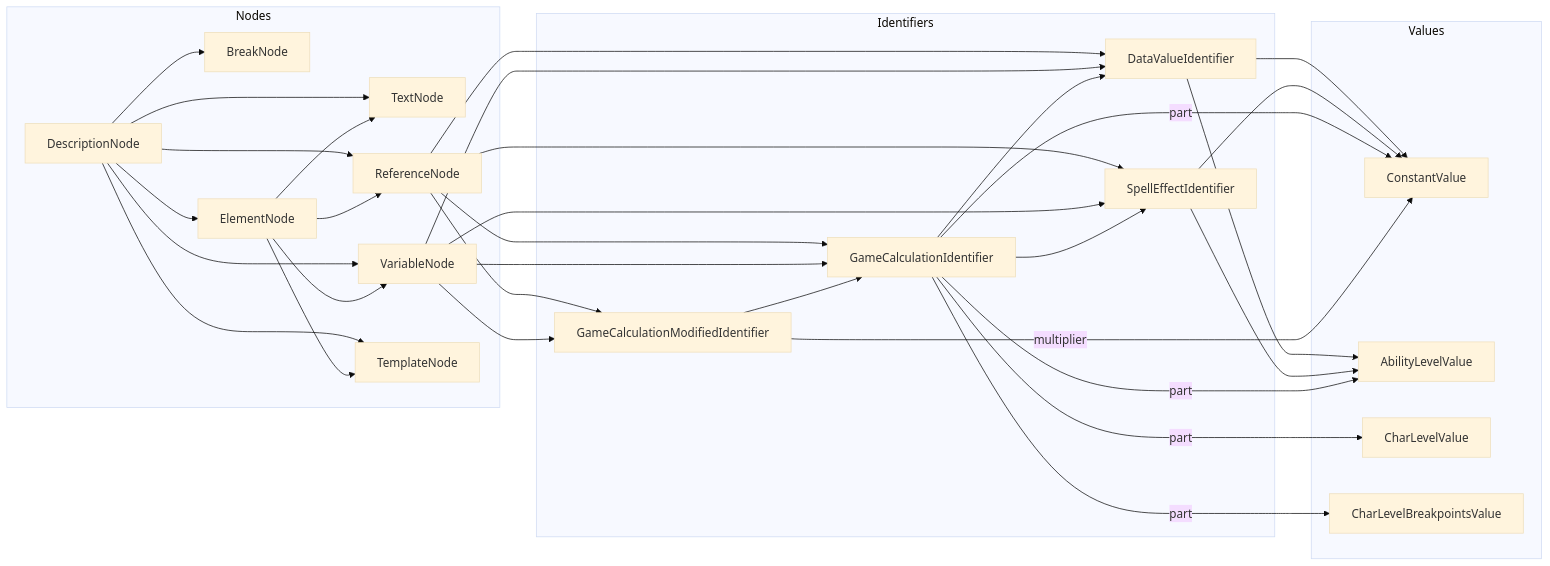
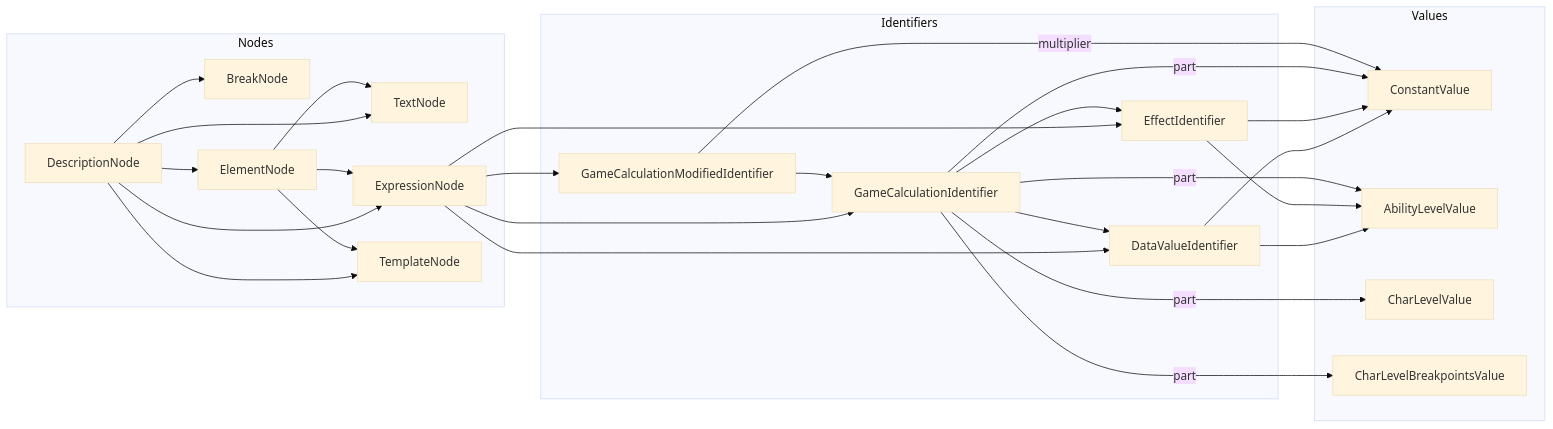
Before and after one commit to blakearoberts/ldragon: the diagram in README.md, drawn with Mermaid (base theme). The commit also changed 7 other files, not shown here.

Commit message:
merge reference, variable, and expression parser rules into a single expression rule

````diff
--- a/README.md
+++ b/README.md
@@ -51,39 +51,37 @@
 ```mermaid
 graph LR;
   D[DescriptionNode]
   TX[TextNode]
-  R[ReferenceNode]
-  V[VariableNode]
   B[BreakNode]
   EL[ElementNode]
+  EX[ExpressionNode]
   TP[TemplateNode]
 
   DV[DataValueIdentifier]
   GC[GameCalculationIdentifier]
-  GCM[GameCalculationModifiedIdentifier]
-  SE[SpellEffectIdentifier]
+  GM[GameCalculationModifiedIdentifier]
+  EF[EffectIdentifier]
 
   C[ConstantValue]
   A[AbilityLevelValue]
   CL[CharLevelValue]
   CB[CharLevelBreakpointsValue]
 
   subgraph Nodes
-  D  --> TX & R & V & B & EL & TP
-  EL --> TX & R & V & TP
+  D  --> TX & B & EL & EX & TP
+  EL --> TX & EX & TP
   end
 
   subgraph Identifiers
-  R   --> DV & GC & GCM & SE
-  V   --> DV & GC & GCM & SE
-  GC  --> DV & SE
-  GCM --> GC
+  EX --> DV & GC & GM & EF
+  GC --> DV & EF
+  GM --> GC
   end
 
   subgraph Values
-  DV  --> C & A
-  SE  --> C & A
-  GC  -- part --> C & A & CL & CB
-  GCM -- multiplier --> C
+  DV --> C & A
+  EF --> C & A
+  GC -- part --> C & A & CL & CB
+  GM -- multiplier --> C
   end
 ```
````
